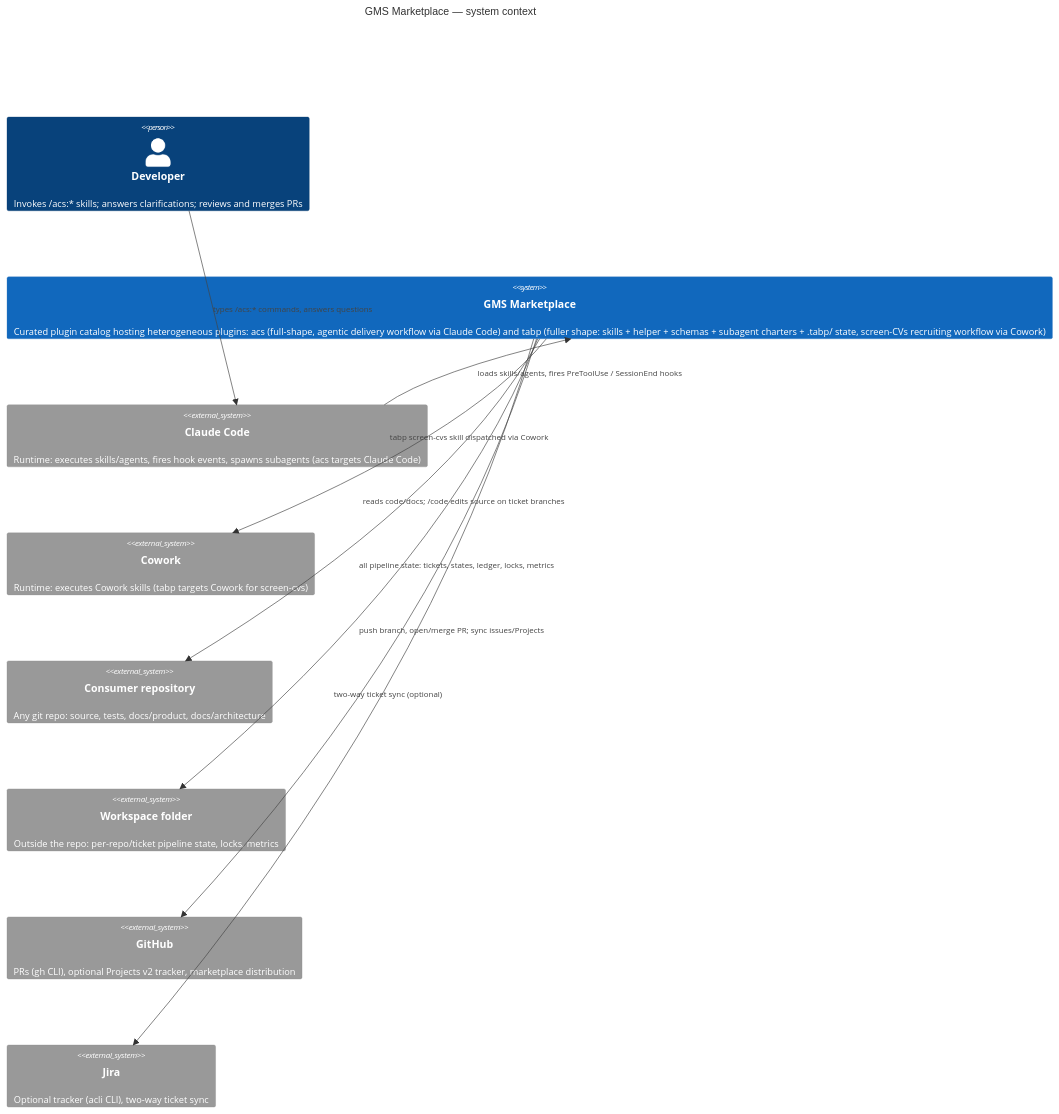
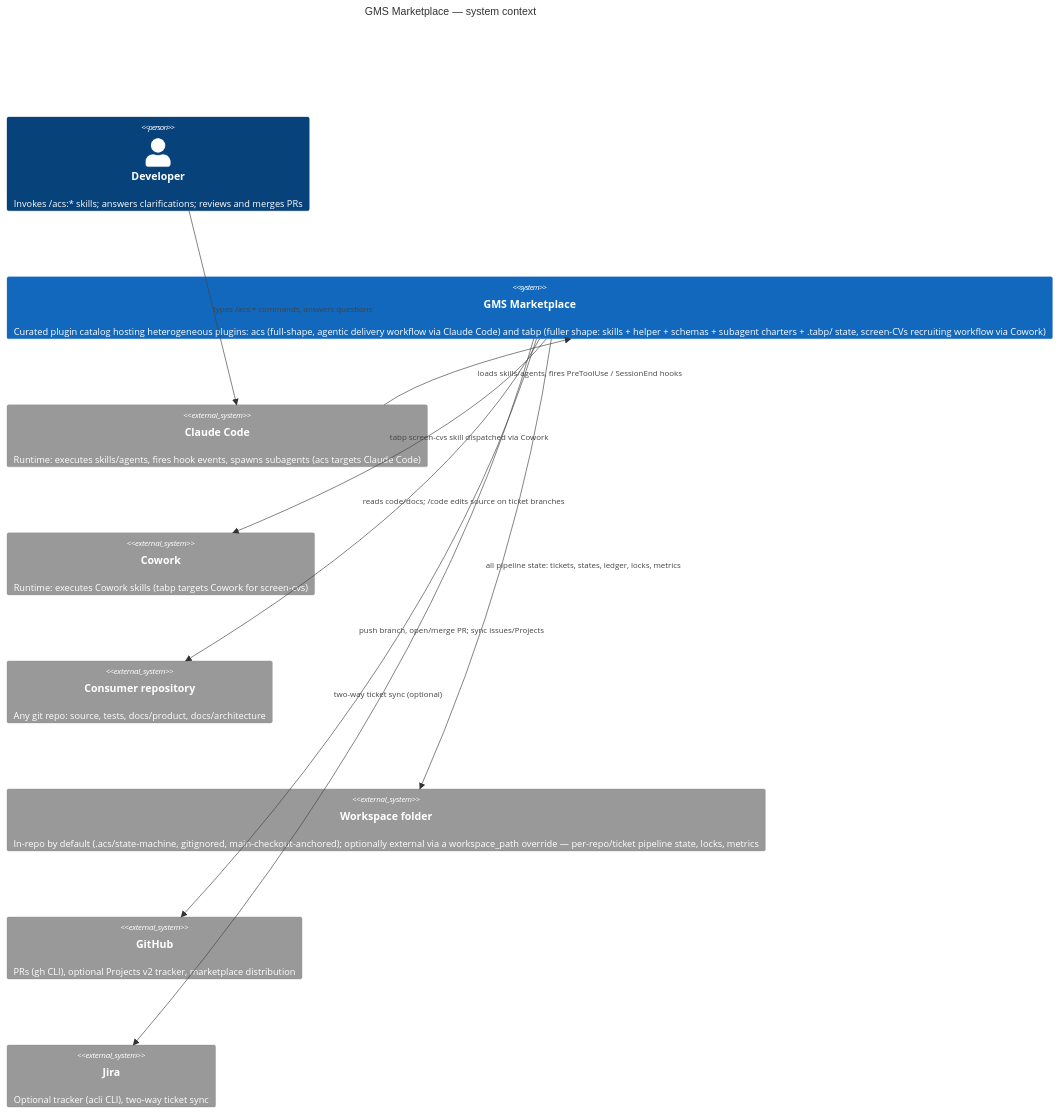
Before and after one commit to globalmindsolution/gms-marketplace: the diagram in docs/architecture/hld/c4-context.md, drawn with Mermaid. The commit also changed other lines of this file and 24 other files, not shown here.

Commit message:
[MAR-5] Doc set: ADR-0086 + architecture + requirements + clause fixture (#411)

````diff
--- a/docs/architecture/hld/c4-context.md
+++ b/docs/architecture/hld/c4-context.md
@@ -3,23 +3,23 @@
 ```mermaid
 C4Context
     title GMS Marketplace — system context
 
     Person(dev, "Developer", "Invokes /acs:* skills; answers clarifications; reviews and merges PRs")
 
     System(mkt, "GMS Marketplace", "Curated plugin catalog hosting heterogeneous plugins: acs (full-shape, agentic delivery workflow via Claude Code) and tabp (fuller shape: skills + helper + schemas + subagent charters + .tabp/ state, screen-CVs recruiting workflow via Cowork)")
 
     System_Ext(cc, "Claude Code", "Runtime: executes skills/agents, fires hook events, spawns subagents (acs targets Claude Code)")
     System_Ext(cowork, "Cowork", "Runtime: executes Cowork skills (tabp targets Cowork for screen-cvs)")
     System_Ext(repo, "Consumer repository", "Any git repo: source, tests, docs/product, docs/architecture")
-    System_Ext(ws, "Workspace folder", "Outside the repo: per-repo/ticket pipeline state, locks, metrics")
+    System_Ext(ws, "Workspace folder", "In-repo by default (.acs/state-machine, gitignored, main-checkout-anchored); optionally external via a workspace_path override — per-repo/ticket pipeline state, locks, metrics")
     System_Ext(gh, "GitHub", "PRs (gh CLI), optional Projects v2 tracker, marketplace distribution")
     System_Ext(jira, "Jira", "Optional tracker (acli CLI), two-way ticket sync")
 
     Rel(dev, cc, "types /acs:* commands, answers questions")
     Rel(cc, mkt, "loads skills/agents, fires PreToolUse / SessionEnd hooks")
     Rel(mkt, cowork, "tabp screen-cvs skill dispatched via Cowork")
     Rel(mkt, repo, "reads code/docs; /code edits source on ticket branches")
     Rel(mkt, ws, "all pipeline state: tickets, states, ledger, locks, metrics")
     Rel(mkt, gh, "push branch, open/merge PR; sync issues/Projects")
     Rel(mkt, jira, "two-way ticket sync (optional)")
 ```
````
